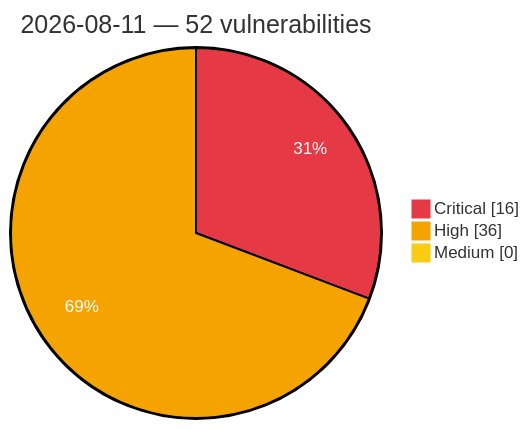
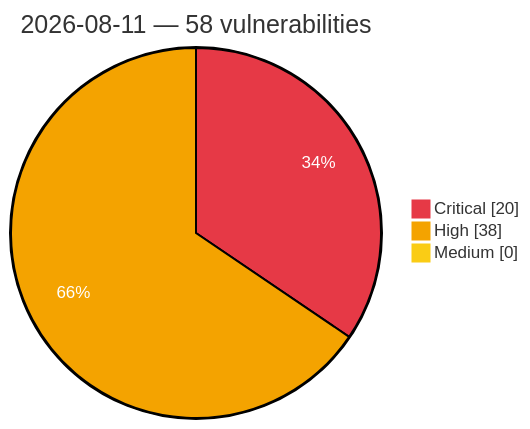
The diagram in vulnerabilities/2026/August/2026-08-11.md (GhostX0X/vuln-tracker), drawn with Mermaid before and after one commit. The commit also changed other lines of this file and 5 other files, not shown here.

Commit message:
Auto update: critical/high vulns (2026-08-11 16:10 UTC)

````diff
--- a/vulnerabilities/2026/August/2026-08-11.md
+++ b/vulnerabilities/2026/August/2026-08-11.md
@@ -3,8 +3,8 @@
 ```mermaid
 %%{init: {'theme':'base', 'themeVariables': {'pie1':'#e63946', 'pie2':'#f4a300', 'pie3':'#facc15', 'pieOpacity':'1', 'pieOuterStrokeWidth':'2px', 'pieSectionTextColor':'#ffffff'}}}%%
 pie showData
-    title 2026-08-11 — 52 vulnerabilities
-    "Critical" : 16
-    "High" : 36
+    title 2026-08-11 — 58 vulnerabilities
+    "Critical" : 20
+    "High" : 38
     "Medium" : 0
 ```
````
